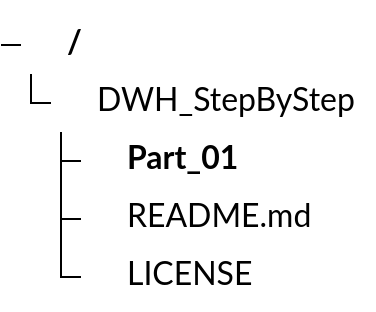
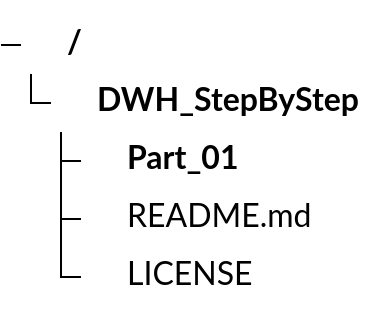
The diagram in README.md (dyacc11/DWH-StepByStep), drawn with Mermaid before and after one commit.

Commit message:
fix paths in diagrams

````diff
--- a/README.md
+++ b/README.md
@@ -13,12 +13,12 @@
 ```mermaid
 ---
 config:
   treeView:
     showIcons: true
 ---
 treeView-beta
-  DWH_StepByStep
+  DWH_StepByStep/
     Part_01/
     README.md
     LICENSE
 ```
````
